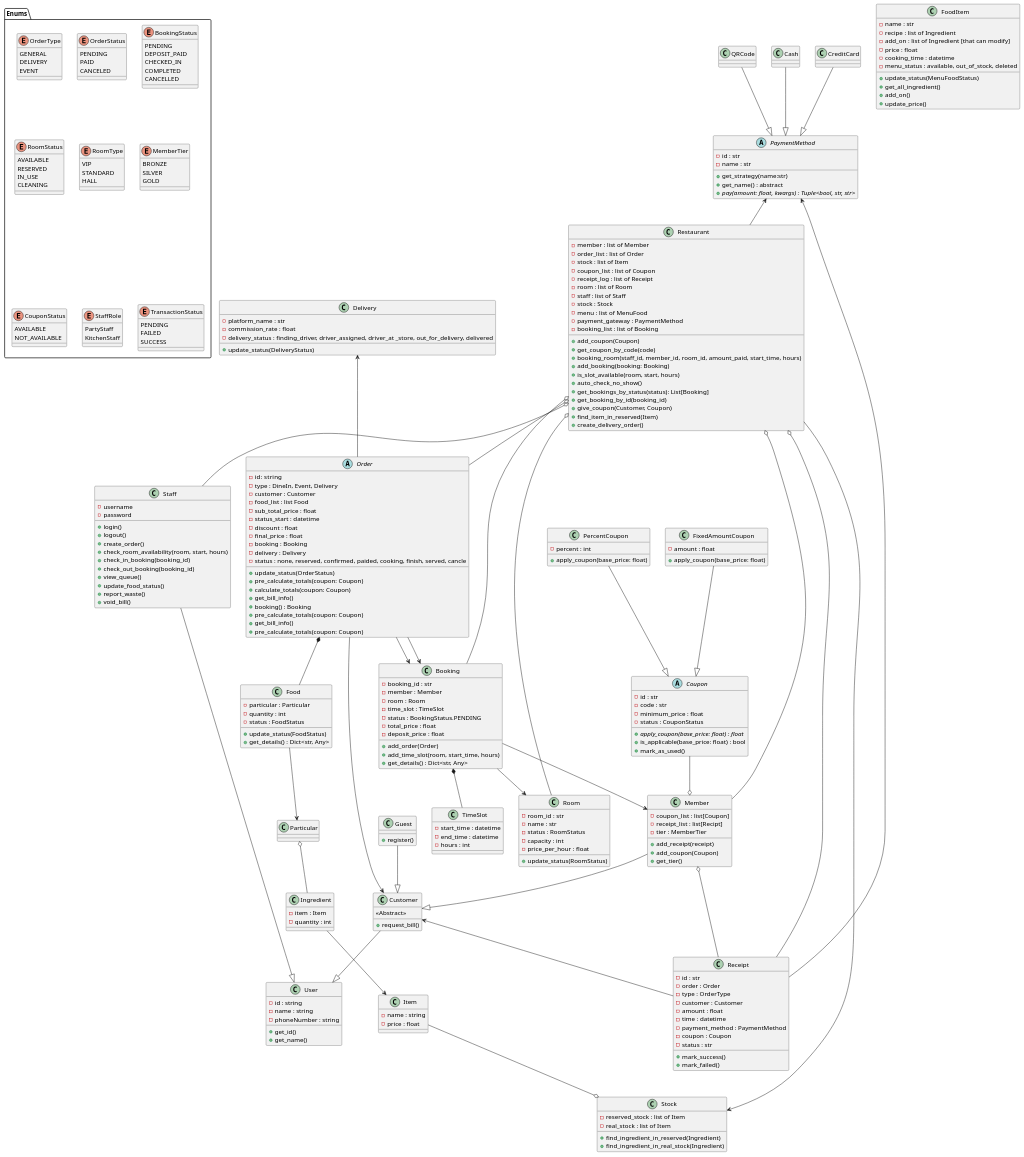
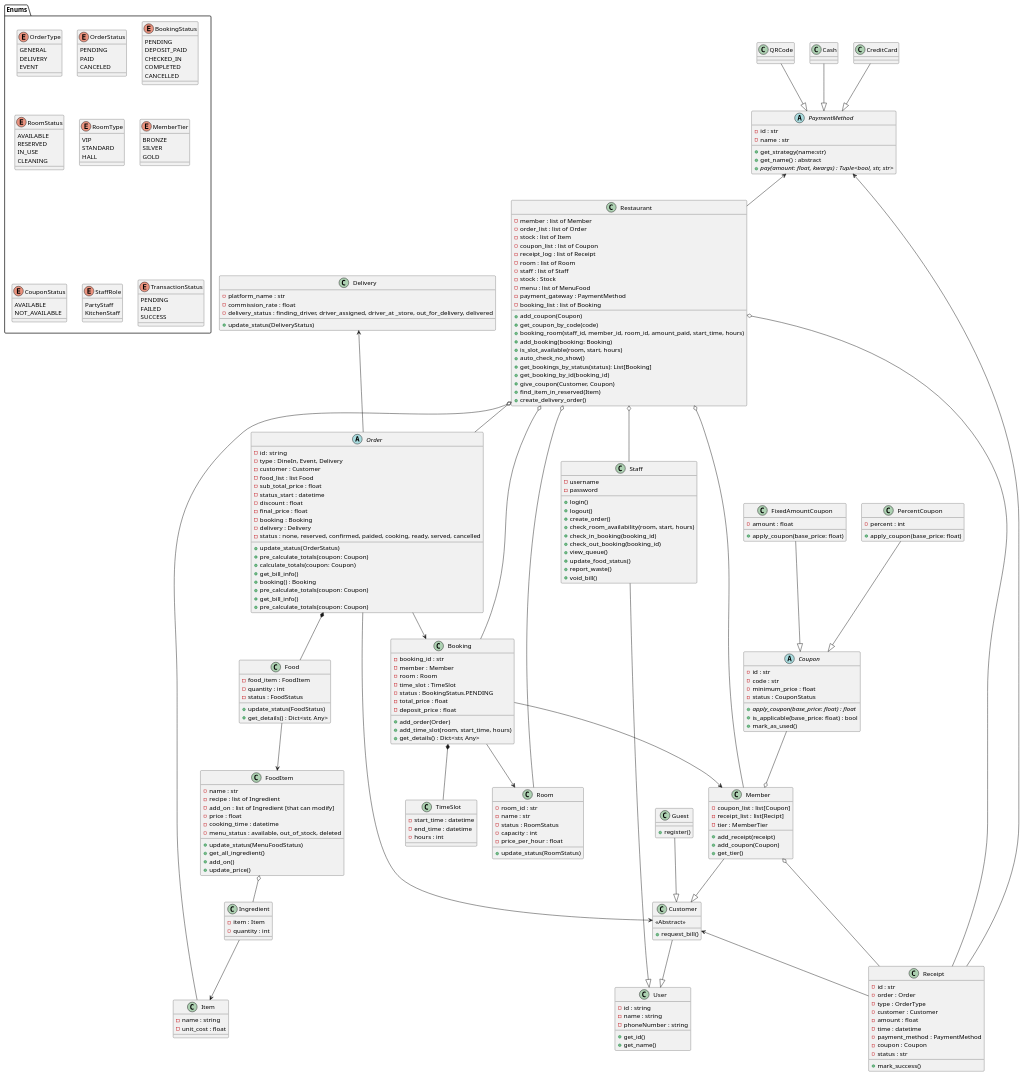
The diagram in shared/doc/class_diagram.puml (twrrippy/knight-chicken-oop), drawn with PlantUML before and after one commit.

Commit message:
Refactor class diagram: update relationships between Food, FoodItem, and Ingredient; modify Order status values; rename attributes in Food and Item classes; remove unused Stock class.

```diff
--- a/shared/doc/class_diagram.puml
+++ b/shared/doc/class_diagram.puml
@@ -72,9 +72,10 @@
 Order *-- Food
 Order --> Booking
 Order --> Customer
-Food --> Particular
-Particular o-- Ingredient
+Food --> FoodItem
+FoodItem o-- Ingredient
 Ingredient --> Item
+Item --o Restaurant
 
 abstract class Order{
     - id:  string
@@ -87,7 +88,7 @@
     - final_price : float
     - booking : Booking
     - delivery : Delivery
-    - status : none, reserved, confirmed, paided, cooking, finish, served, cancle
+    - status : none, reserved, confirmed, paided, cooking, ready, served, cancelled
     + update_status(OrderStatus)
     + pre_calculate_totals(coupon: Coupon)
     + calculate_totals(coupon: Coupon)
@@ -98,7 +99,7 @@
     + pre_calculate_totals(coupon: Coupon)
 }
 class Food{
-    - particular : Particular
+    - food_item : FoodItem
     - quantity : int
     - status : FoodStatus
     + update_status(FoodStatus)
@@ -122,23 +123,13 @@
 }
 class Item{
     - name : string
-    - price : float
+    - unit_cost : float
 }
 
 
-Restaurant --> Stock
-Item --o Stock
-class Stock{
-    - reserved_stock : list of Item
-    - real_stock : list of Item
-    + find_ingredient_in_reserved(Ingredient)
-    + find_ingredient_in_real_stock(Ingredient)
-}
 
 FixedAmountCoupon --|> Coupon
 PercentCoupon --|> Coupon
-Order --> Booking
-
 Coupon --o Member
 
 class Room{
@@ -235,7 +226,6 @@
     - coupon : Coupon
     - status : str
     + mark_success()
-    + mark_failed()
 }
 
 
```
